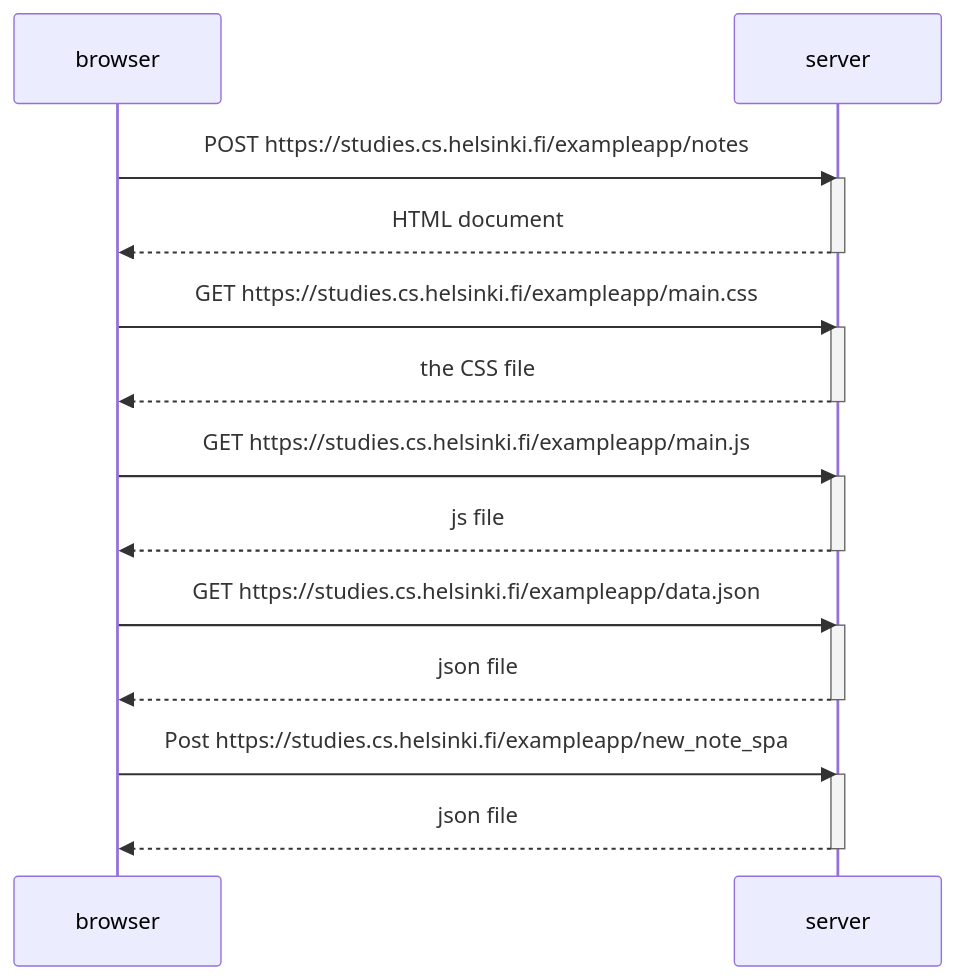
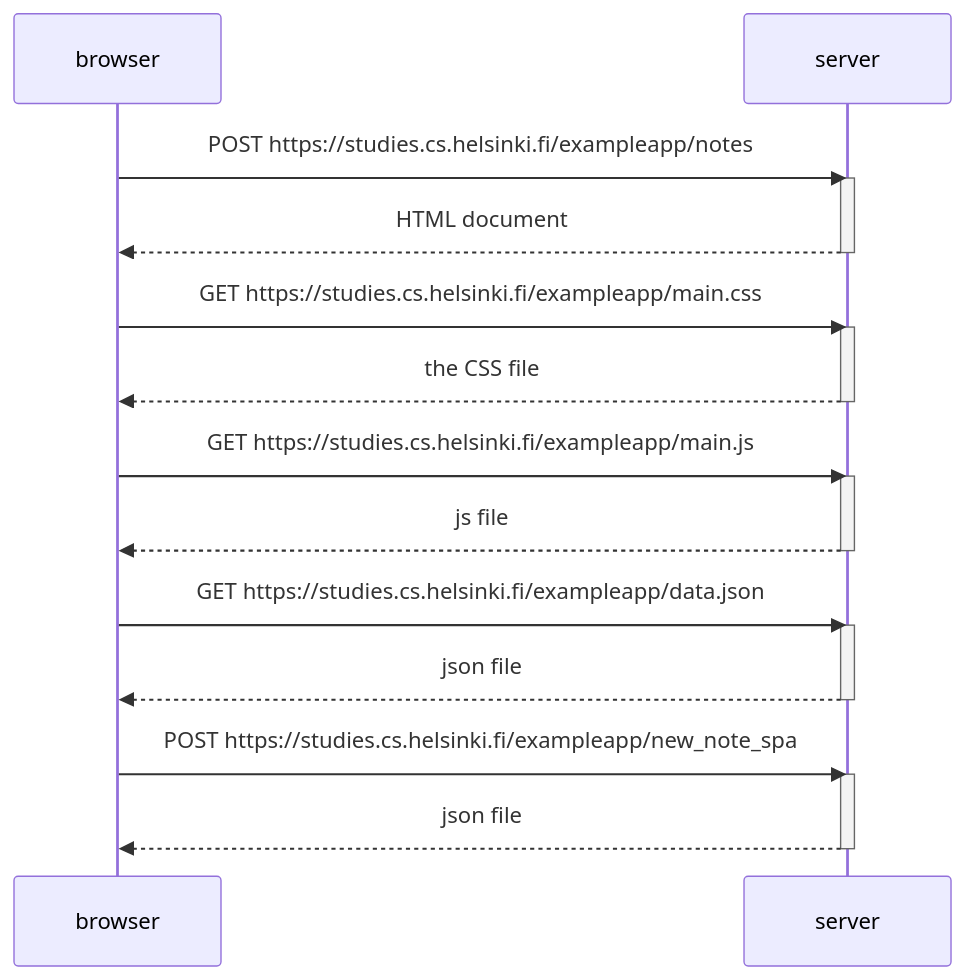
Before and after one commit to LeoKay-J/FullStackOpen: the diagram in 0.6.md, drawn with Mermaid.

````diff
--- a/0.6.md
+++ b/0.6.md
@@ -1,34 +1,34 @@
 ```mermaid
 sequenceDiagram
     participant browser
     participant server
 
 
     browser->>server: POST https://studies.cs.helsinki.fi/exampleapp/notes
     activate server
     server-->>browser: HTML document
     deactivate server
 
 
     browser->>server: GET https://studies.cs.helsinki.fi/exampleapp/main.css
     activate server
     server-->>browser: the CSS file
     deactivate server
 
 
     browser->>server: GET https://studies.cs.helsinki.fi/exampleapp/main.js
     activate server
     server-->>browser: js file
     deactivate server
 
 
     browser->>server: GET https://studies.cs.helsinki.fi/exampleapp/data.json
     activate server
     server-->>browser: json file
     deactivate server
 
-    browser->>server: Post https://studies.cs.helsinki.fi/exampleapp/new_note_spa
+    browser->>server: POST https://studies.cs.helsinki.fi/exampleapp/new_note_spa
     activate server
     server-->>browser: json file
     deactivate server
 ```
````
